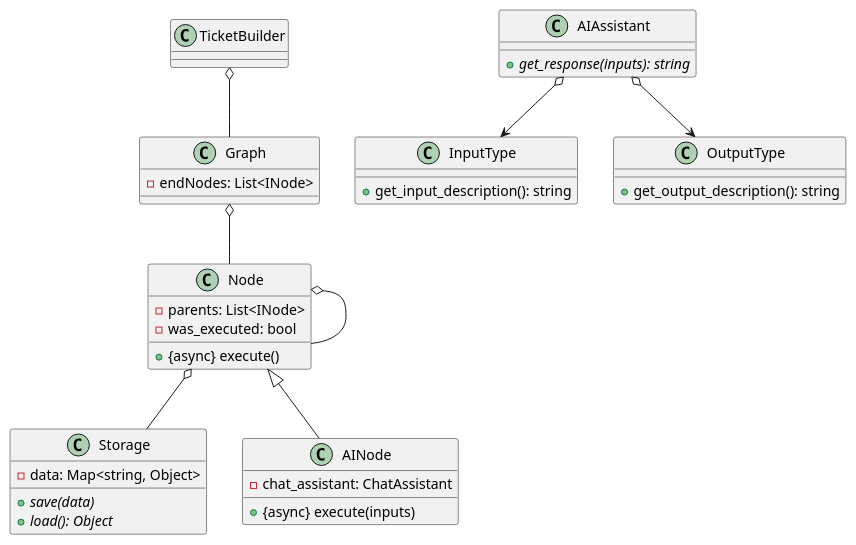
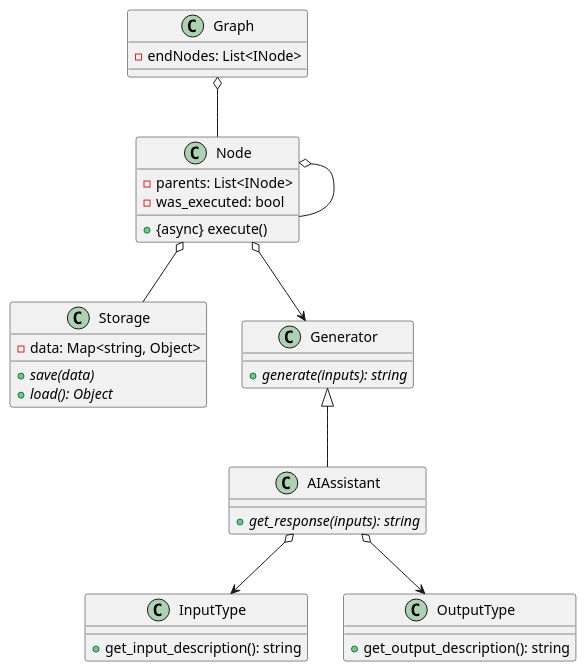
Before and after one commit to Softoft/dataset-generator: the diagram in docs/ai_graph.puml, drawn with PlantUML. The commit also changed 13 other files, not shown here.

```diff
--- a/docs/ai_graph.puml
+++ b/docs/ai_graph.puml
@@ -1,50 +1,49 @@
 @startuml
 
 class Storage{
     - data: Map<string, Object>
     + {abstract} save(data)
     + {abstract} load(): Object
 }
 
 class InputType{
     + get_input_description(): string
 }
 
 class OutputType{
     + get_output_description(): string
 }
 
-class AIAssistant{
+class Generator{
+    + {abstract} generate(inputs): string
+}
+
+class AIAssistant extends Generator{
     + {abstract} get_response(inputs): string
 }
+
+
 
 class Node{
     - parents: List<INode>
     - was_executed: bool
     + {async} execute()
 }
 
+Node o--> Generator
 
 class Graph{
     - endNodes: List<INode>
 }
 
-class AINode extends Node{
-    - chat_assistant: ChatAssistant
-    + {async} execute(inputs)
-}
 
 Graph o-- Node
 
 
 Node o-- Storage
 Node o-- Node
 
-
-TicketBuilder o-- Graph
-
-
 AIAssistant o--> InputType
 AIAssistant o--> OutputType
 
 @enduml
```
